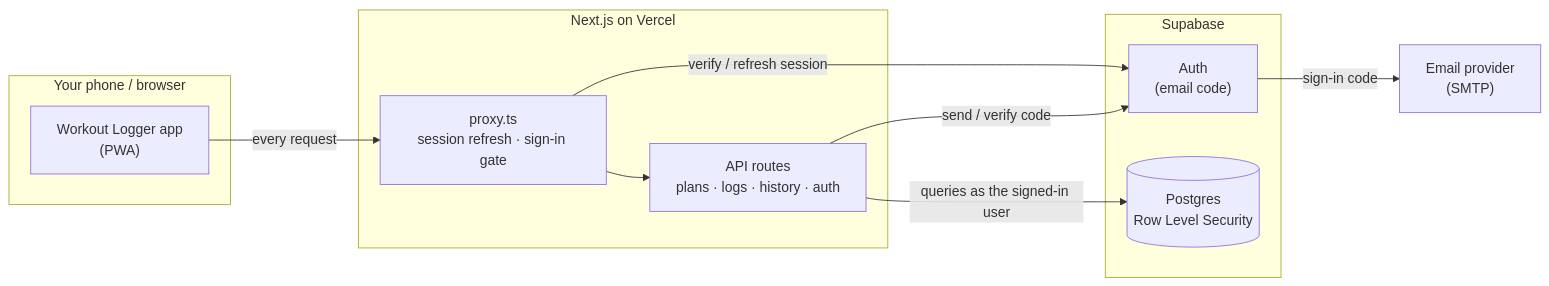
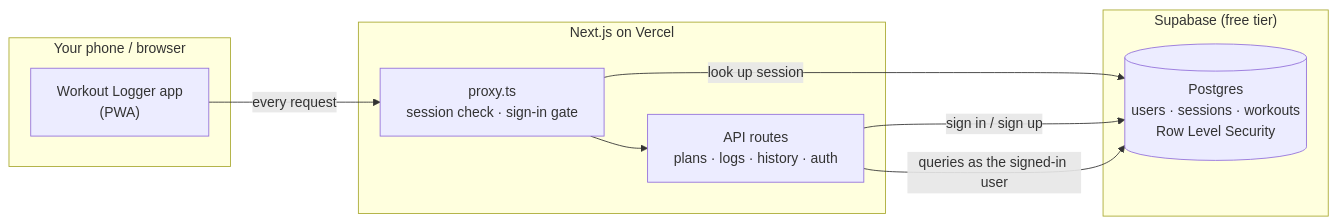
The diagram in README.md (klshriharsha/workout-logger), drawn with Mermaid before and after one commit. The commit also changed other lines of this file and 31 other files, not shown here.

First line of the commit message:
Replace Supabase Auth with app-owned email/password accounts

````diff
--- a/README.md
+++ b/README.md
@@ -25,25 +25,21 @@
 ```mermaid
 flowchart LR
     subgraph Device["Your phone / browser"]
         UI["Workout Logger app<br/>(PWA)"]
     end
 
     subgraph Server["Next.js on Vercel"]
-        PROXY["proxy.ts<br/>session refresh · sign-in gate"]
+        PROXY["proxy.ts<br/>session check · sign-in gate"]
         API["API routes<br/>plans · logs · history · auth"]
     end
 
-    subgraph Supabase["Supabase"]
-        AUTH["Auth<br/>(email code)"]
-        DB[("Postgres<br/>Row Level Security")]
+    subgraph Supabase["Supabase (free tier)"]
+        DB[("Postgres<br/>users · sessions · workouts<br/>Row Level Security")]
     end
-
-    MAIL["Email provider<br/>(SMTP)"]
 
     UI -- "every request" --> PROXY
     PROXY --> API
-    PROXY -- "verify / refresh session" --> AUTH
+    PROXY -- "look up session" --> DB
+    API -- "sign in / sign up" --> DB
     API -- "queries as the signed-in user" --> DB
-    API -- "send / verify code" --> AUTH
-    AUTH -- "sign-in code" --> MAIL
 ```
````
